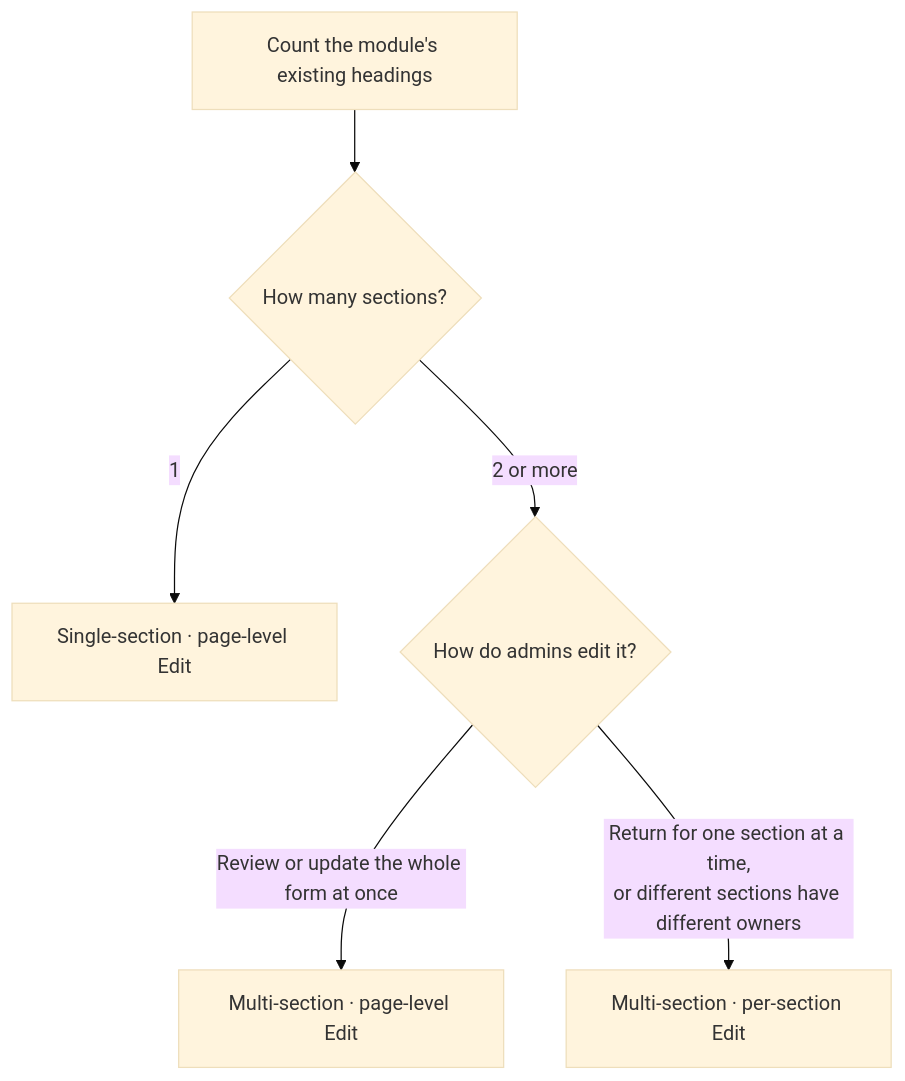
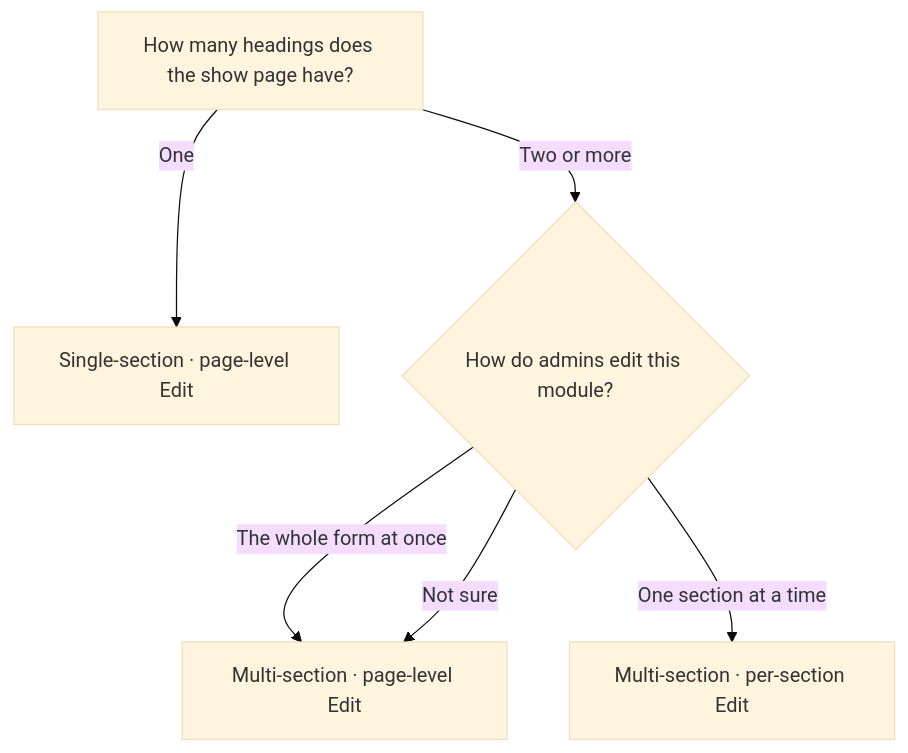
One commit to katalyst/koi changed the diagram in docs/admin-form-patterns.md. Above: the diagram before and after it, drawn with Mermaid (base theme). The commit also changed other lines of this file, not shown here.

First line of the commit message:
docs: reframe form patterns guide for readability

````diff
--- a/docs/admin-form-patterns.md
+++ b/docs/admin-form-patterns.md
@@ -17,8 +17,8 @@
 ```mermaid
 flowchart TD
-    A[Count the module's existing headings] --> B{How many sections?}
-    B -- 1 --> C[Single-section · page-level Edit]
-    B -- 2 or more --> D{How do admins edit it?}
-    D -- "Review or update the whole form at once" --> E[Multi-section · page-level Edit]
-    D -- "Return for one section at a time,<br>or different sections have different owners" --> F[Multi-section · per-section Edit]
+    A[How many headings does the show page have?] -->|One| B[Single-section · page-level Edit]
+    A -->|Two or more| C{How do admins edit this module?}
+    C -->|The whole form at once| D[Multi-section · page-level Edit]
+    C -->|One section at a time| E[Multi-section · per-section Edit]
+    C -->|Not sure| D
 ```
````
